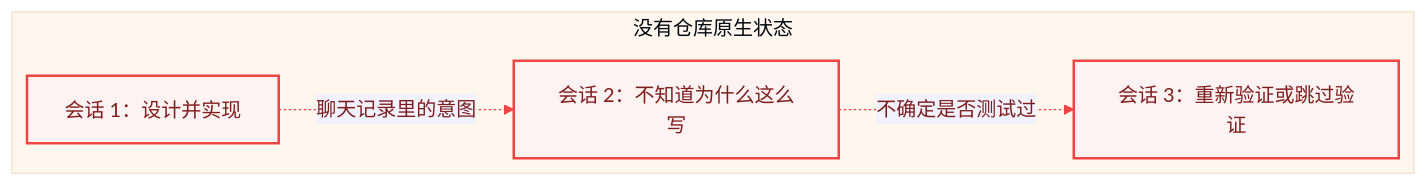
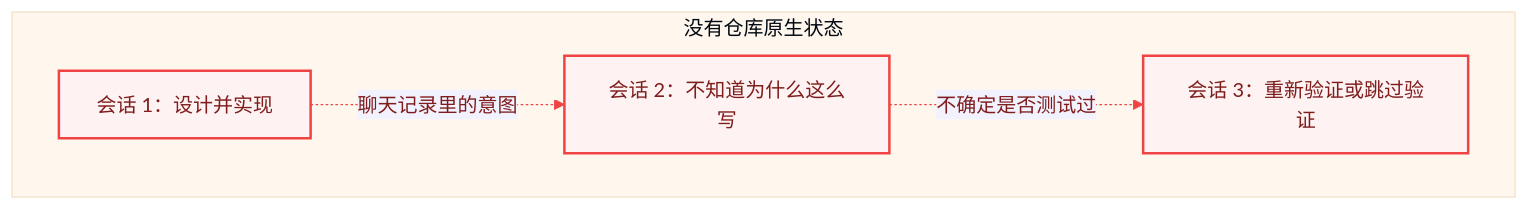
Before and after one commit to Caesarlo/SDLC-Harness-docs: the first of 2 diagrams in concepts/why-sdlc-harness.mdx, drawn with Mermaid. The commit also changed 3 other files, not shown here.

First line of the commit message:
Remove ELK layout directive from flowchart diagrams

````diff
--- a/concepts/why-sdlc-harness.mdx
+++ b/concepts/why-sdlc-harness.mdx
@@ -13,11 +13,11 @@
 ```mermaid placement="top-right" actions={true}
-%%{init: {"flowchart": {"defaultRenderer": "elk", "curve": "basis"}, "theme": "base", "themeVariables": {"fontFamily": "Inter, ui-sans-serif, system-ui, sans-serif", "primaryColor": "#FEF2F2", "primaryBorderColor": "#EF4444", "primaryTextColor": "#7F1D1D", "lineColor": "#EF4444", "tertiaryColor": "#FFF7ED"}}}%%
+%%{init: {"flowchart": {"curve": "basis"}, "theme": "base", "themeVariables": {"fontFamily": "Inter, ui-sans-serif, system-ui, sans-serif", "primaryColor": "#FEF2F2", "primaryBorderColor": "#EF4444", "primaryTextColor": "#7F1D1D", "lineColor": "#EF4444", "tertiaryColor": "#FFF7ED"}}}%%
 flowchart LR
   subgraph 没有仓库原生状态
     direction LR
     C1["会话 1：设计并实现"] -. 聊天记录里的意图 .-> C2["会话 2：不知道为什么这么写"]
     C2 -. 不确定是否测试过 .-> C3["会话 3：重新验证或跳过验证"]
   end
   classDef risk fill:#FEF2F2,stroke:#EF4444,color:#7F1D1D,stroke-width:2px
   class C1,C2,C3 risk
 ```
````
